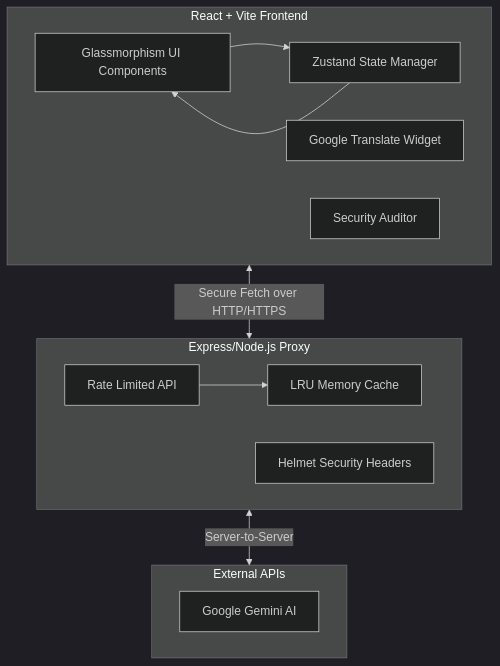
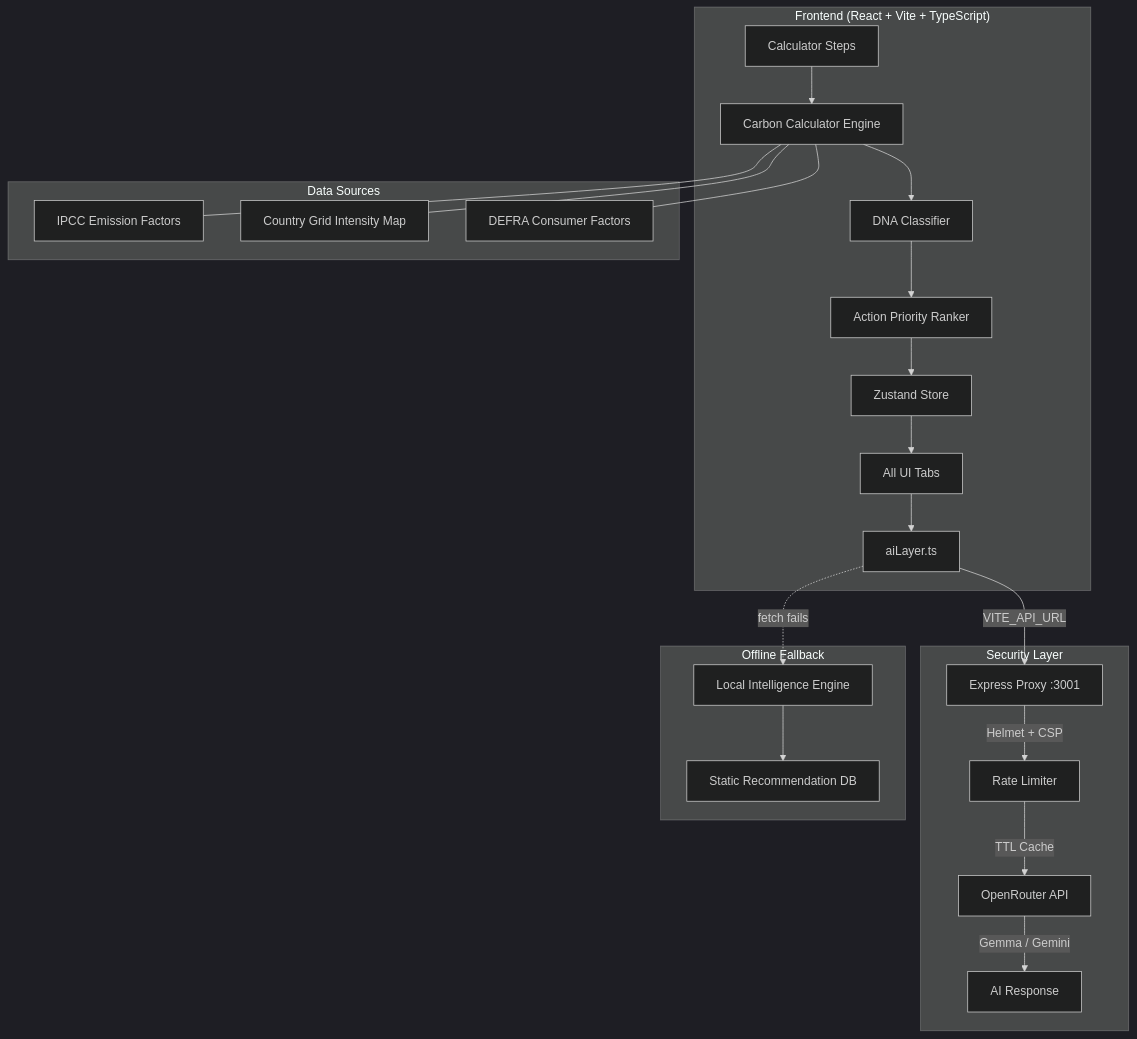
One commit to Siva-2511/Carbonfootprint changed the diagram in README.md. Above: the diagram before and after it, drawn with Mermaid (dark theme). The commit also changed other lines of this file, not shown here.

````diff
--- a/README.md
+++ b/README.md
@@ -23,27 +131,29 @@
 ```mermaid
-graph TD
-    subgraph Frontend [React + Vite Frontend]
-        UI[Glassmorphism UI Components]
-        Store[Zustand State Manager]
-        I18n[Google Translate Widget]
-        Sec[Security Auditor]
-        
-        UI --> Store
-        Store --> UI
+graph TB
+    subgraph "Frontend (React + Vite + TypeScript)"
+        A[Calculator Steps] --> B[Carbon Calculator Engine]
+        B --> C[DNA Classifier]
+        C --> D[Action Priority Ranker]
+        D --> E[Zustand Store]
+        E --> F[All UI Tabs]
+        F --> G[aiLayer.ts]
     end
-    
-    subgraph Backend [Express/Node.js Proxy]
-        API[Rate Limited API]
-        Cache[LRU Memory Cache]
-        Headers[Helmet Security Headers]
-        
-        API --> Cache
+
+    subgraph "Security Layer"
+        G -->|VITE_API_URL| H[Express Proxy :3001]
+        H -->|Helmet + CSP| I[Rate Limiter]
+        I -->|TTL Cache| J[OpenRouter API]
+        J -->|Gemma / Gemini| K[AI Response]
     end
-    
-    subgraph External [External APIs]
-        OR[Google Gemini AI]
+
+    subgraph "Offline Fallback"
+        G -.->|fetch fails| L[Local Intelligence Engine]
+        L --> M[Static Recommendation DB]
     end
-    
-    Frontend <-->|Secure Fetch over HTTP/HTTPS| Backend
-    Backend <-->|Server-to-Server| External
+
+    subgraph "Data Sources"
+        B --- N[IPCC Emission Factors]
+        B --- O[Country Grid Intensity Map]
+        B --- P[DEFRA Consumer Factors]
+    end
 ```
````
